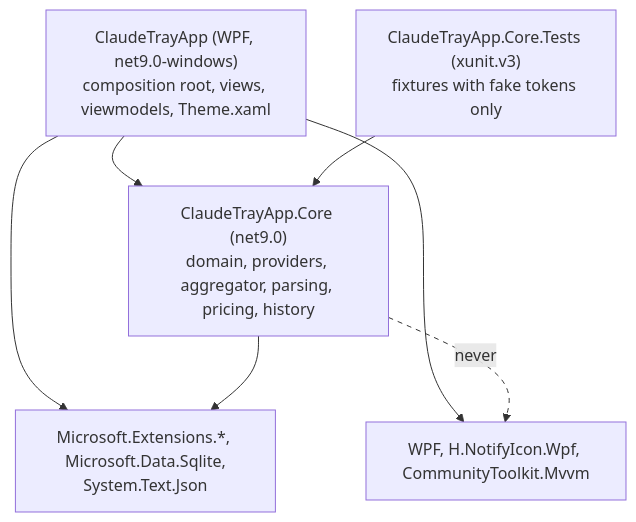
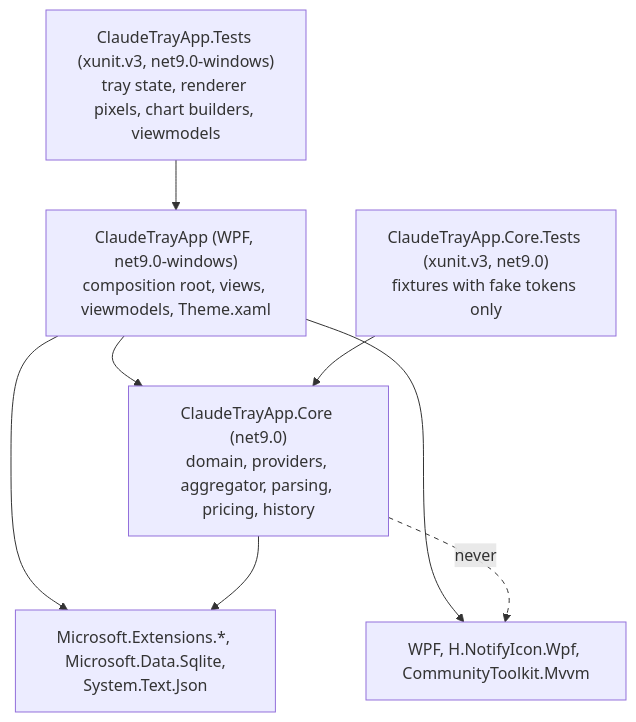
One commit to mlcousek/claude_trayapp changed the diagram in docs/diagrams/components.md. Above: the diagram before and after it, drawn with Mermaid. The commit also changed 8 other files, not shown here.

First line of the commit message:
docs: v0.1.0 changelog, release procedure, refreshed screenshots and diagrams

````diff
--- a/docs/diagrams/components.md
+++ b/docs/diagrams/components.md
@@ -5,19 +5,21 @@
 ```mermaid
 flowchart TB
     APP["ClaudeTrayApp (WPF, net9.0-windows)<br/>composition root, views, viewmodels, Theme.xaml"]
     CORE["ClaudeTrayApp.Core (net9.0)<br/>domain, providers, aggregator, parsing, pricing, history"]
-    TESTS["ClaudeTrayApp.Core.Tests (xunit.v3)<br/>fixtures with fake tokens only"]
+    TESTS["ClaudeTrayApp.Core.Tests (xunit.v3, net9.0)<br/>fixtures with fake tokens only"]
+    APPTESTS["ClaudeTrayApp.Tests (xunit.v3, net9.0-windows)<br/>tray state, renderer pixels, chart builders, viewmodels"]
 
     UI["WPF, H.NotifyIcon.Wpf, CommunityToolkit.Mvvm"]
     BCL["Microsoft.Extensions.*, Microsoft.Data.Sqlite,<br/>System.Text.Json"]
 
     APP --> CORE
     TESTS --> CORE
+    APPTESTS --> APP
     APP --> UI
     APP --> BCL
     CORE --> BCL
 
     classDef forbidden stroke-dasharray: 5 5
     CORE -. "never" .-> UI
-    linkStyle 5 stroke-dasharray: 5 5
+    linkStyle 6 stroke-dasharray: 5 5
 ```
````
